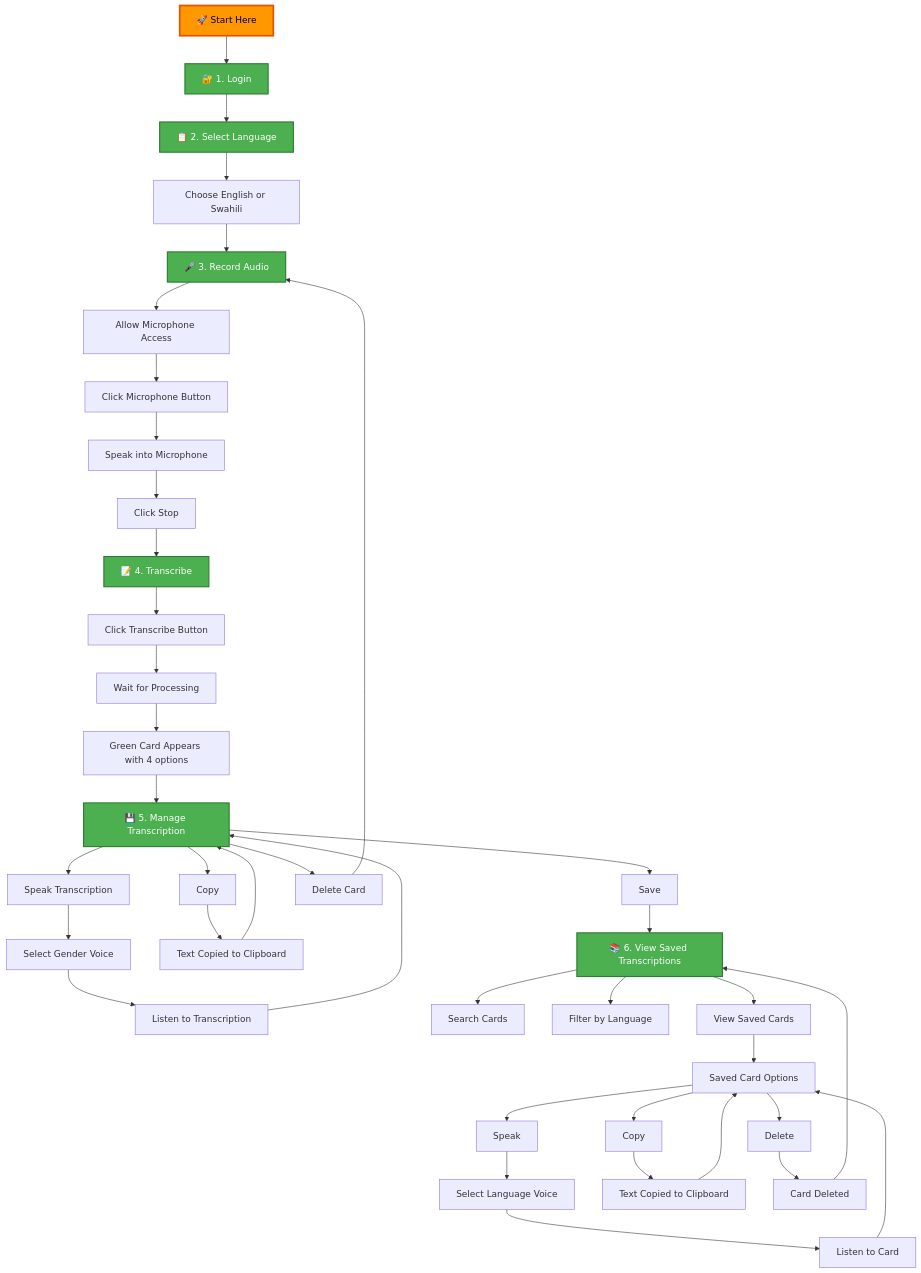
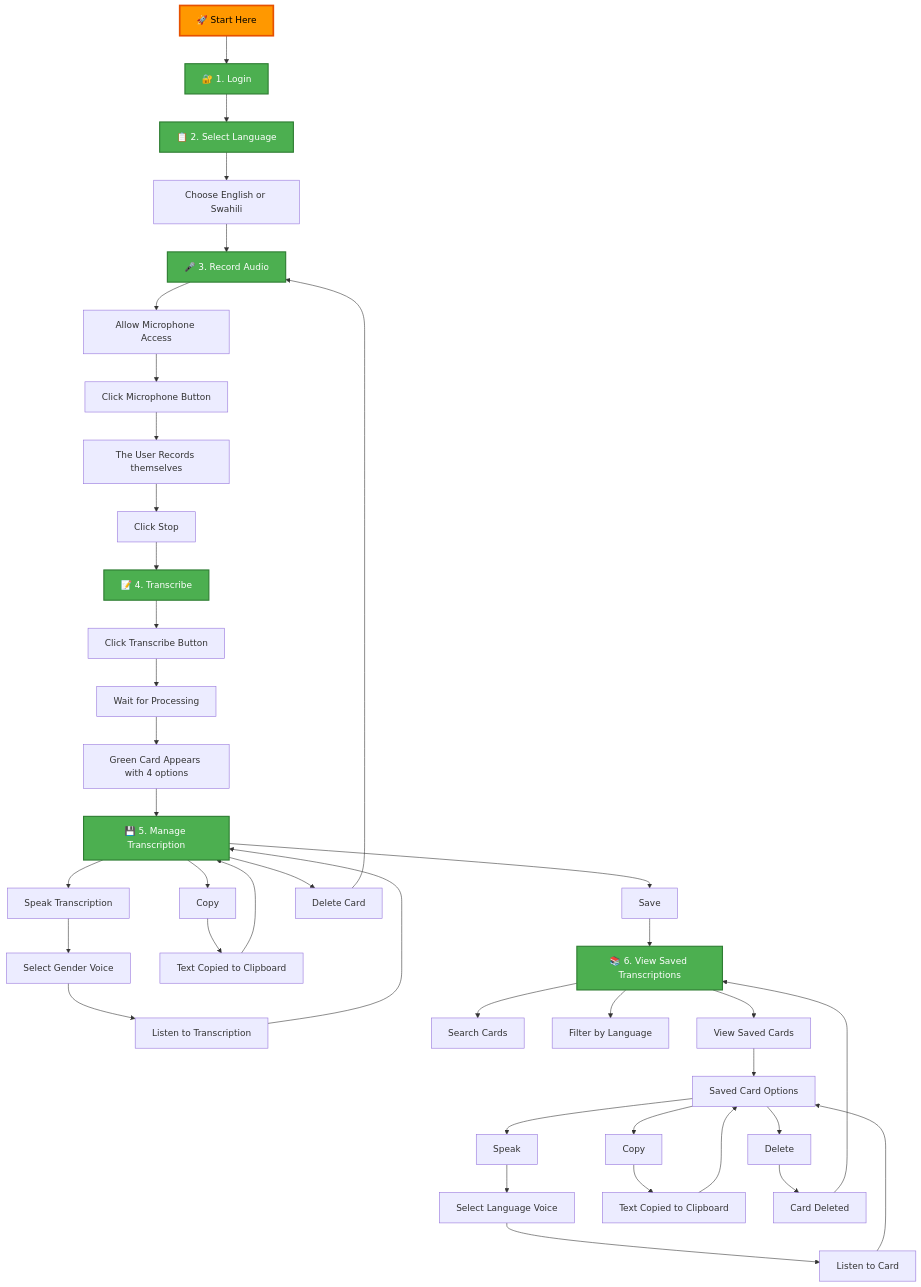
Before and after one commit to LexMainye/Kasuku-Transcriber: the diagram in README.md, drawn with Mermaid. The commit also changed other lines of this file, not shown here.

Commit message:
Updated flowchart items in the readme file , changed speak into the microphone to the user records themselves

````diff
--- a/README.md
+++ b/README.md
@@ -28,64 +28,64 @@
 ```mermaid
 flowchart TD
    A[🚀 Start Here] --> B[🔐 1. Login]
    
    B --> C[📋 2. Select Language]
    C --> C1[Choose English or Swahili]
 
    C1 --> D[🎤 3. Record Audio]
    D --> D1[Allow Microphone Access]
    D1 --> D2[Click Microphone Button]
-   D2 --> D3[Speak into Microphone]
+   D2 --> D3[The User Records themselves]
    D3 --> D4[Click Stop]
 
    D4 --> E[📝 4. Transcribe]
    E --> E1[Click Transcribe Button]
    E1 --> E2[Wait for Processing]
    E2 --> E3[Green Card Appears with 4 options]
 
    E3 --> F[💾 5. Manage Transcription]
 
    F --> F1[Speak Transcription]
    F --> F2[Copy]
    F --> F3[Save]
    F --> F4[Delete Card]
 
    F1 --> F1a[Select Gender Voice]
    F1a --> F1b[Listen to Transcription]
    F1b --> F
 
    F2 --> F2a[Text Copied to Clipboard]
    F2a --> F
 
    F3 --> G[📚 6. View Saved Transcriptions]
 
    F4 --> D
 
    G --> G1[Search Cards]
    G --> G2[Filter by Language]
    G --> G3[View Saved Cards]
 
    G3 --> H[Saved Card Options]
 
    H --> H1[Speak]
    H --> H2[Copy]
    H --> H3[Delete]
 
    H1 --> H1a[Select Language Voice]
    H1a --> H1b[Listen to Card]
    H1b --> H
 
    H2 --> H2a[Text Copied to Clipboard]
    H2a --> H
 
    H3 --> H3a[Card Deleted]
    H3a --> G
 
    style A fill:#ff9800,color:#000,stroke:#e65100,stroke-width:3px
    style B fill:#4caf50,color:#fff,stroke:#2e7d32,stroke-width:2px
    style C fill:#4caf50,color:#fff,stroke:#2e7d32,stroke-width:2px
    style D fill:#4caf50,color:#fff,stroke:#2e7d32,stroke-width:2px
    style E fill:#4caf50,color:#fff,stroke:#2e7d32,stroke-width:2px
    style F fill:#4caf50,color:#fff,stroke:#2e7d32,stroke-width:2px
    style G fill:#4caf50,color:#fff,stroke:#2e7d32,stroke-width:2px
 ```
````
